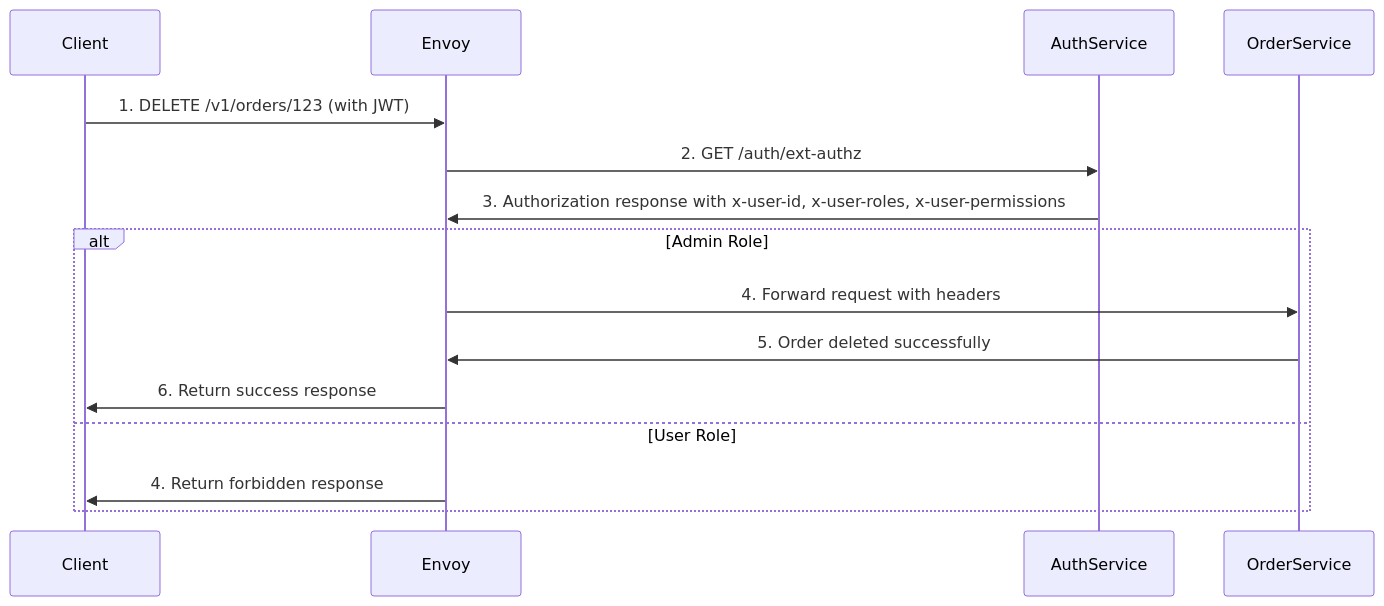
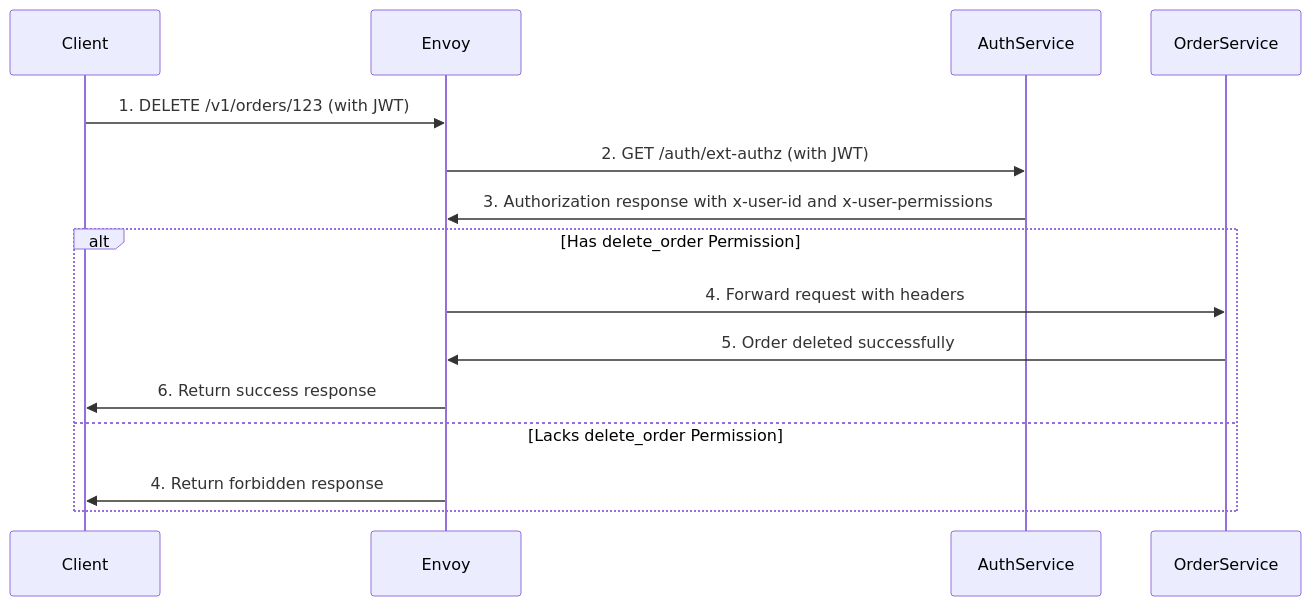
Before and after one commit to HuyCuongBuiCong/auth-envoy-k8s-microservices: the third of 3 diagrams in readme.md, drawn with Mermaid. The commit also changed other lines of this file and 2 other files, not shown here.

````diff
--- a/readme.md
+++ b/readme.md
@@ -175,18 +180,19 @@
 ```mermaid
 sequenceDiagram
     participant Client
     participant Envoy
     participant AuthService
     participant OrderService
 
     Client->>Envoy: 1. DELETE /v1/orders/123 (with JWT)
-    Envoy->>AuthService: 2. GET /auth/ext-authz
-    AuthService->>Envoy: 3. Authorization response with x-user-id, x-user-roles, x-user-permissions
-    alt Admin Role
+    Envoy->>AuthService: 2. GET /auth/ext-authz (with JWT)
+    AuthService->>Envoy: 3. Authorization response with x-user-id and x-user-permissions
+    alt Has delete_order Permission
         Envoy->>OrderService: 4. Forward request with headers
         OrderService->>Envoy: 5. Order deleted successfully
         Envoy->>Client: 6. Return success response
-    else User Role
+    else Lacks delete_order Permission
         Envoy->>Client: 4. Return forbidden response
     end
+
 ```
````
